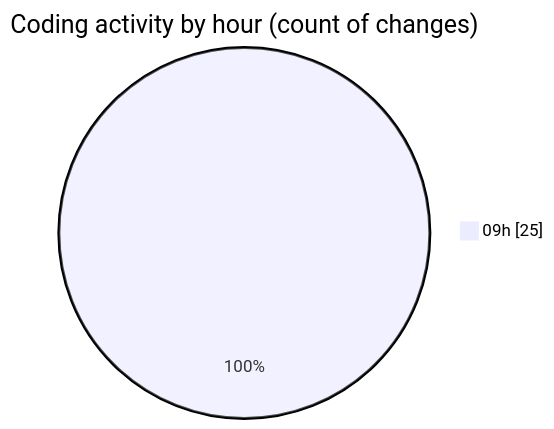
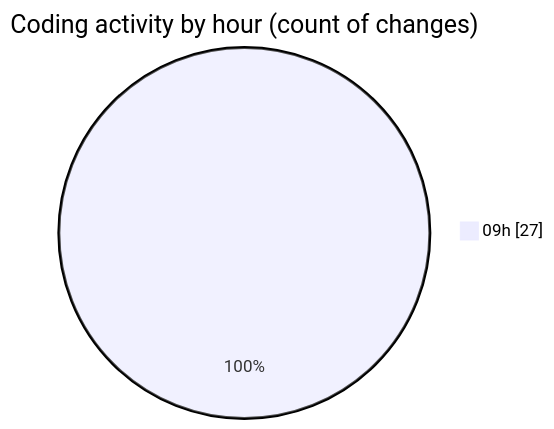
One commit to momahboobian/code-tracking changed the second of 2 diagrams in 2025-03-04/cda/README.md. Above: the diagram before and after it, drawn with Mermaid. The commit also changed other lines of this file and 1 other file, not shown here.

````diff
--- a/2025-03-04/cda/README.md
+++ b/2025-03-04/cda/README.md
@@ -29,5 +31,5 @@
 ```mermaid
 pie showData
 title Coding activity by hour (count of changes)
-"09h" : 25
+"09h" : 27
 ```
````
